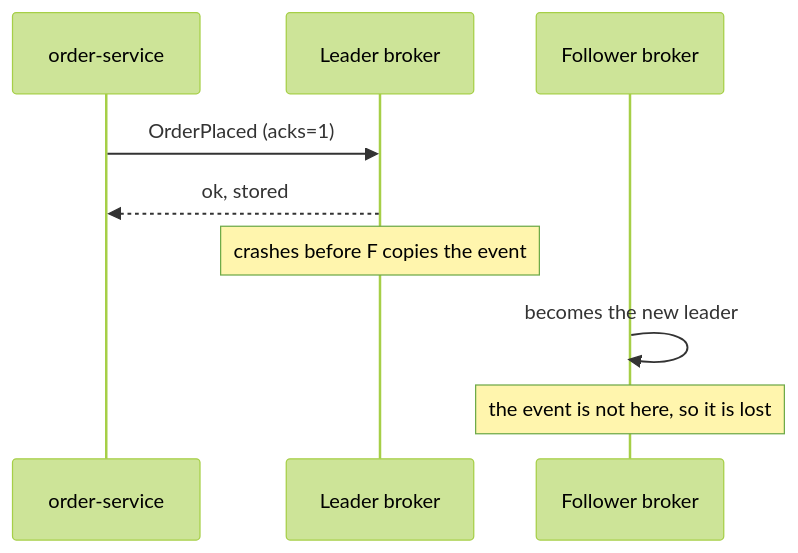
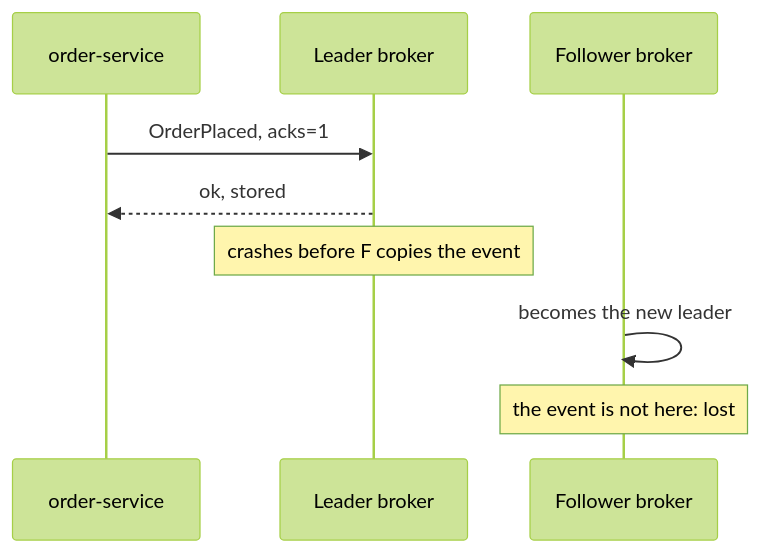
Before and after one commit to jubin-techwiz/learning: the first of 2 diagrams in notes/02-messaging/02-kafka/03-producers-keys-acks-batching.md, drawn with Mermaid (forest theme). The commit also changed other lines of this file and 37 other files, not shown here.

````diff
--- a/notes/02-messaging/02-kafka/03-producers-keys-acks-batching.md
+++ b/notes/02-messaging/02-kafka/03-producers-keys-acks-batching.md
@@ -30,11 +54,11 @@
 ```mermaid
 sequenceDiagram
     participant O as order-service
     participant L as Leader broker
     participant F as Follower broker
-    O->>L: OrderPlaced (acks=1)
+    O->>L: OrderPlaced, acks=1
     L-->>O: ok, stored
     Note over L: crashes before F copies the event
     F->>F: becomes the new leader
-    Note over F: the event is not here, so it is lost
+    Note over F: the event is not here: lost
 ```
````
